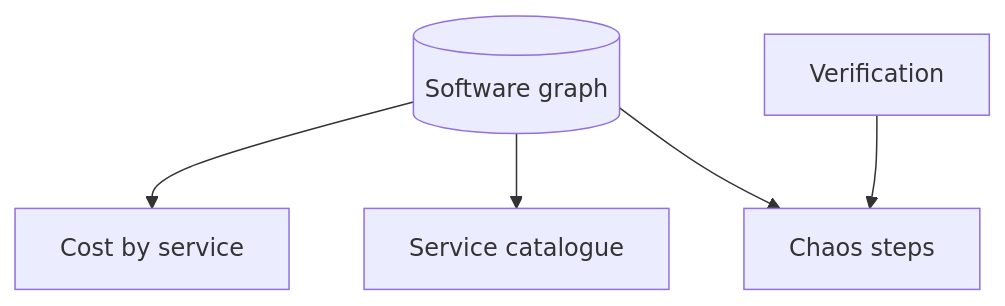
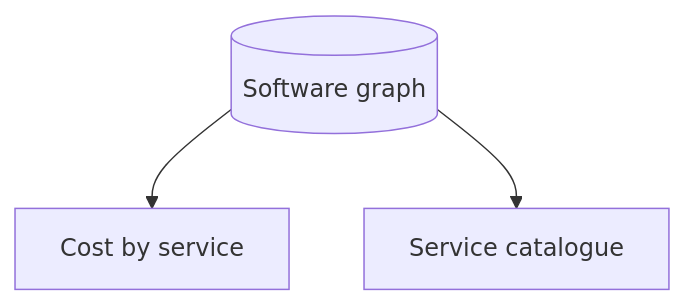
Before and after one commit to JK-Magic-Creations/launchway: the diagram in docs/roadmap/beyond.md, drawn with Mermaid. The commit also changed other lines of this file and 22 other files, not shown here.

Commit message:
Roadmap: statuses follow what is built; milestones 8 to 12 (zero-downtime delivery, network, databases, Kubernetes and virtual machines, security and trust); hosted boundary and demo; how we build; diagrams

````diff
--- a/docs/roadmap/beyond.md
+++ b/docs/roadmap/beyond.md
@@ -25,7 +24,5 @@
 ```mermaid
 flowchart TD
   Graph[("Software graph")] --> Cost["Cost by service"]
   Graph --> Portal["Service catalogue"]
-  Verify["Verification"] --> Chaos["Chaos steps"]
-  Graph --> Chaos
 ```
````
